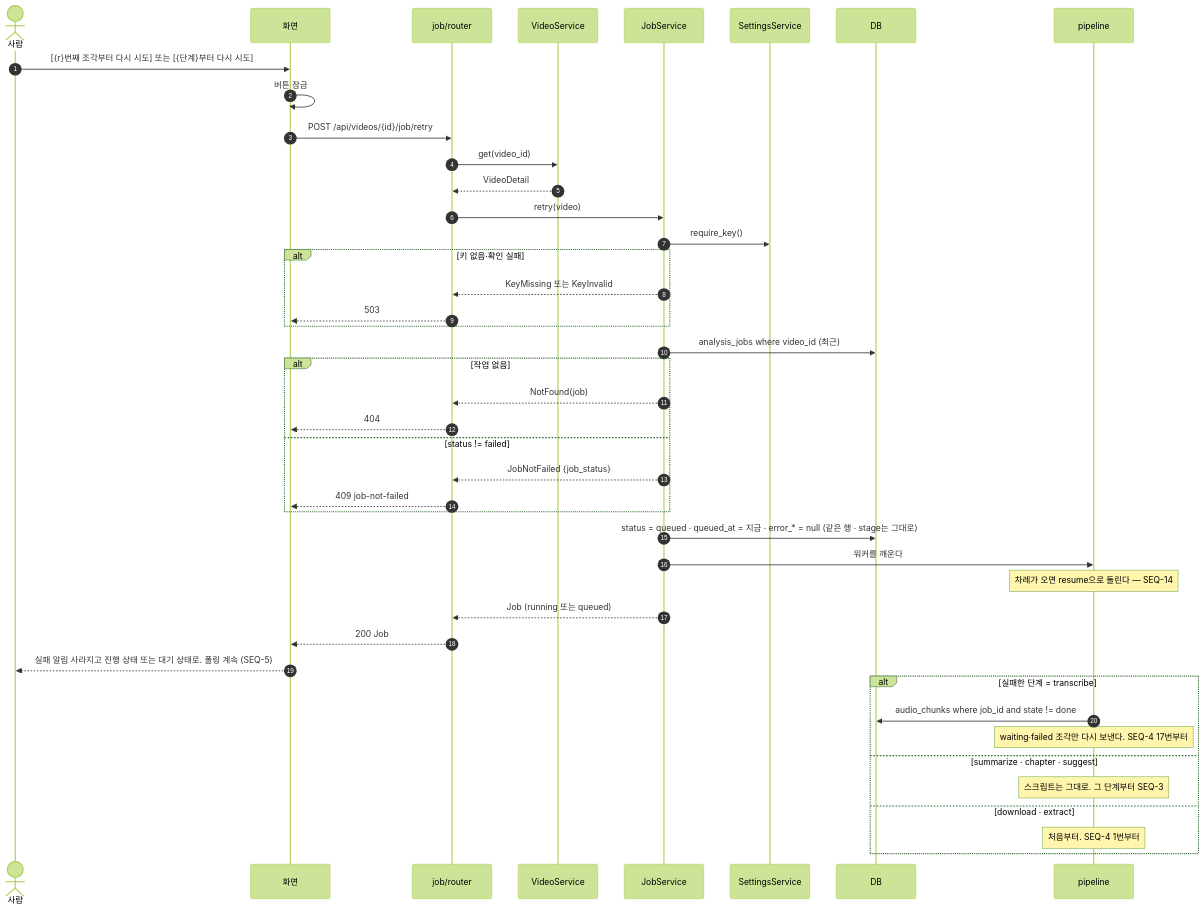
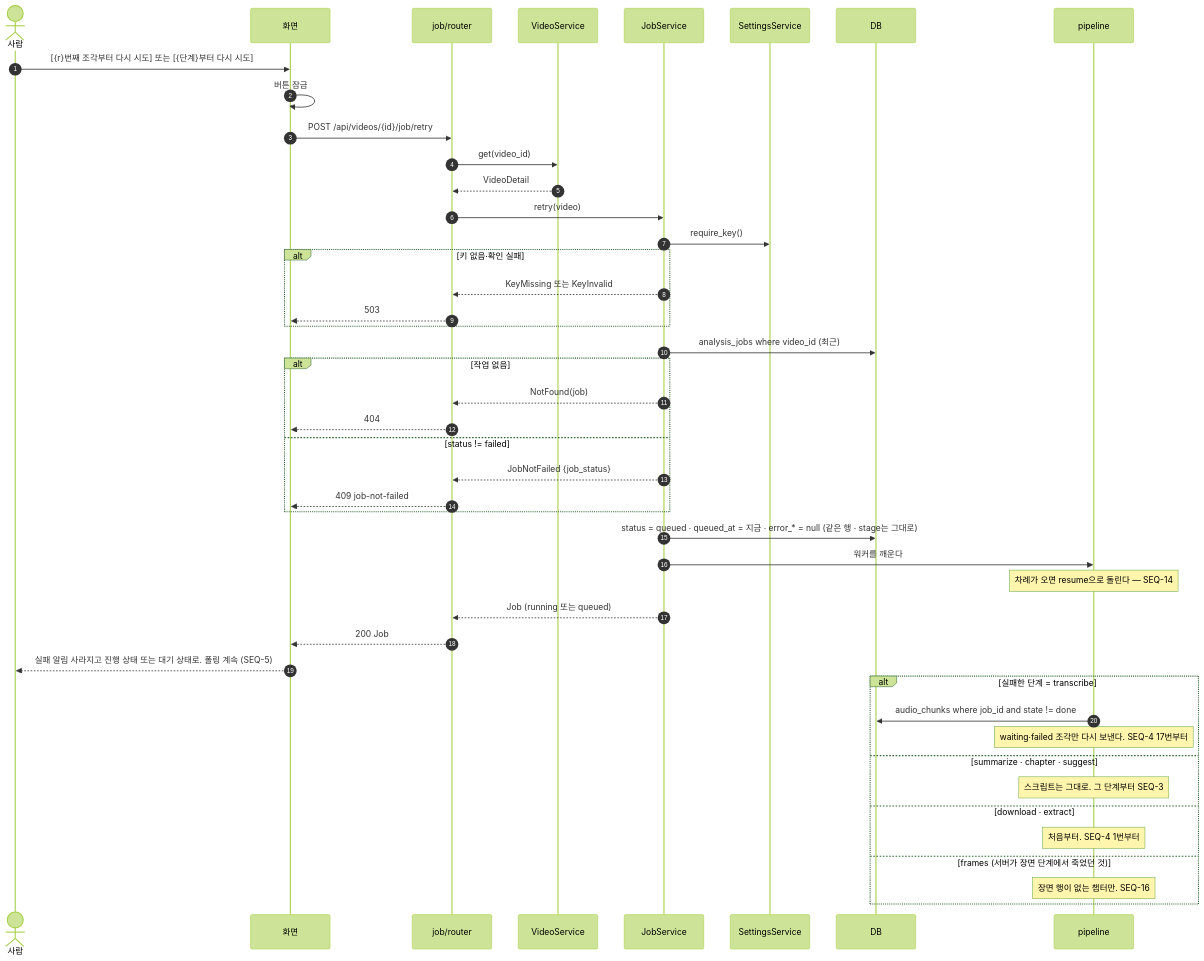
Before and after one commit to HoyoungParkme/video-agent: the sixth of 19 diagrams in docs/specs/09-SEQ/VA-SEQ-001.md, drawn with Mermaid (forest theme). The commit also changed other lines of this file, not shown here.

First line of the commit message:
결과 그림 · 파일 올리기 시퀀스 — 새 흐름 넷(SEQ-15 올리기 · SEQ-16 장면 단계와 끝 · SEQ-17 옛 결과 장면 채우기 · SEQ-18 인포그래픽 맡기기), 폴링이 장면 칸을 받고 · 결과가 채우기 · 인포그래픽을 잇고 · 내보내기가 그림을 복사하고 · 삭제가 뒤 일을 멈추고 · 시작이 사본을 청소한다, 되먹일 것 9~11

````diff
--- a/docs/specs/09-SEQ/VA-SEQ-001.md
+++ b/docs/specs/09-SEQ/VA-SEQ-001.md
@@ -456,46 +470,48 @@
 ```mermaid
 sequenceDiagram
     autonumber
     actor U as 사람
     participant W as 화면
     participant RJ as job/router
     participant VS as VideoService
     participant JS as JobService
     participant SS as SettingsService
     participant DB
     participant PL as pipeline
 
     U->>W: [{r}번째 조각부터 다시 시도] 또는 [{단계}부터 다시 시도]
     W->>W: 버튼 잠금
     W->>RJ: POST /api/videos/{id}/job/retry
     RJ->>VS: get(video_id)
     VS-->>RJ: VideoDetail
     RJ->>JS: retry(video)
     JS->>SS: require_key()
     alt 키 없음·확인 실패
         JS-->>RJ: KeyMissing 또는 KeyInvalid
         RJ-->>W: 503
     end
     JS->>DB: analysis_jobs where video_id (최근)
     alt 작업 없음
         JS-->>RJ: NotFound(job)
         RJ-->>W: 404
     else status != failed
         JS-->>RJ: JobNotFailed {job_status}
         RJ-->>W: 409 job-not-failed
     end
     JS->>DB: status = queued · queued_at = 지금 · error_* = null (같은 행 · stage는 그대로)
     JS->>PL: 워커를 깨운다
     Note over PL: 차례가 오면 resume으로 돌린다 — SEQ-14
     JS-->>RJ: Job (running 또는 queued)
     RJ-->>W: 200 Job
     W-->>U: 실패 알림 사라지고 진행 상태 또는 대기 상태로. 폴링 계속 (SEQ-5)
     alt 실패한 단계 = transcribe
         PL->>DB: audio_chunks where job_id and state != done
         Note over PL: waiting·failed 조각만 다시 보낸다. SEQ-4 17번부터
     else summarize · chapter · suggest
         Note over PL: 스크립트는 그대로. 그 단계부터 SEQ-3
     else download · extract
         Note over PL: 처음부터. SEQ-4 1번부터
+    else frames (서버가 장면 단계에서 죽었던 것)
+        Note over PL: 장면 행이 없는 챕터만. SEQ-16
     end
 ```
````
